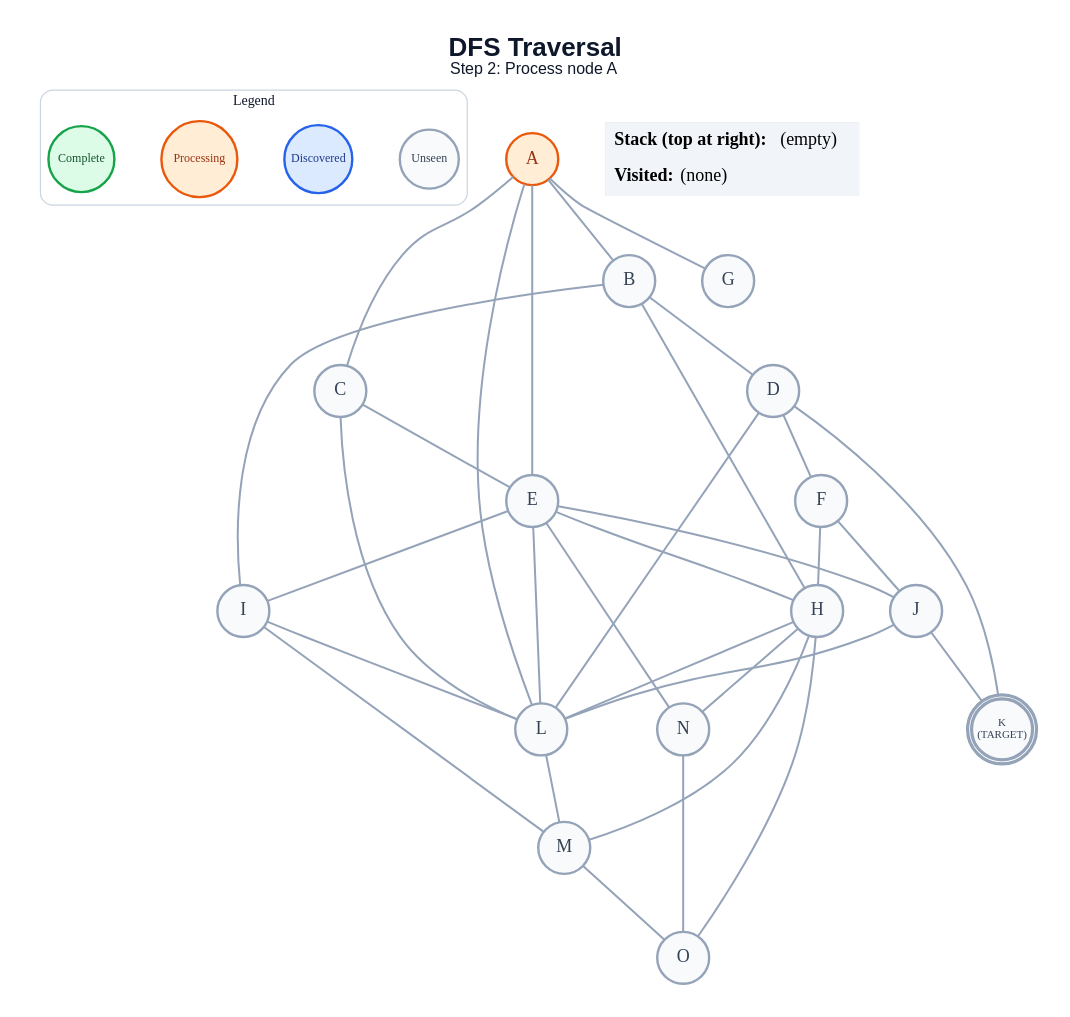
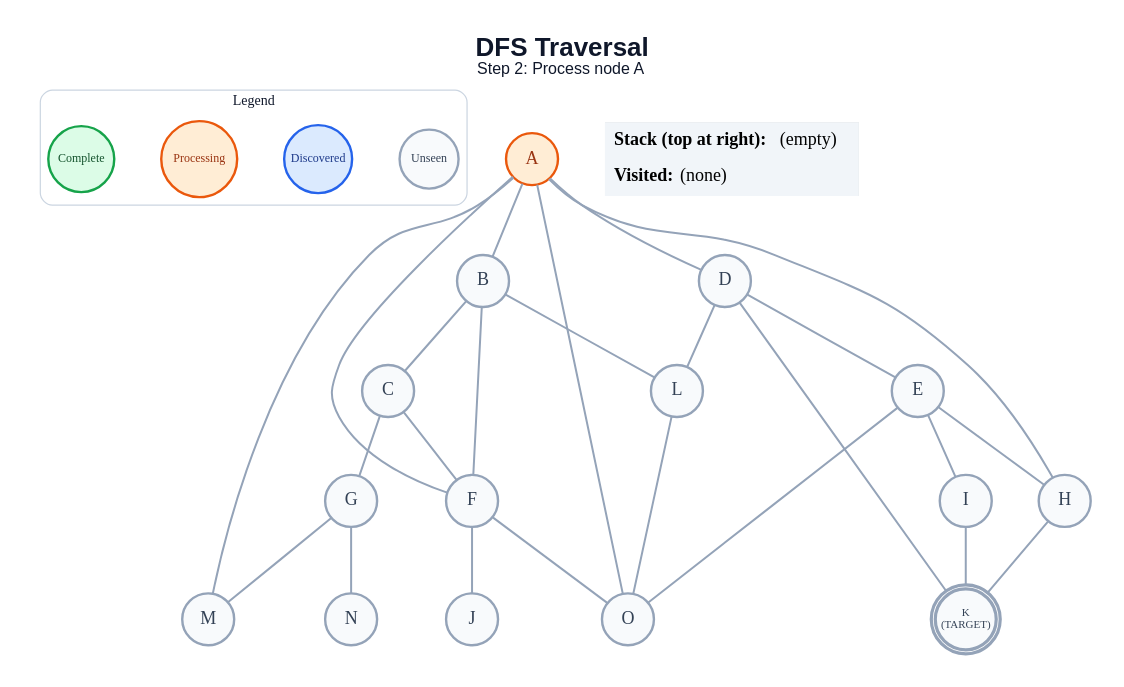
One commit to anon7238593-create/ai-slop changed the diagram in generated/dfs/step_02.dot. Above: the diagram before and after it, drawn with Graphviz. The commit also changed 283 other files, not shown here.

```diff
--- a/generated/dfs/step_02.dot
+++ b/generated/dfs/step_02.dot
@@ -1,65 +1,58 @@
 graph traversal {
   graph [layout=dot, rankdir=TB, bgcolor="#FFFFFF", pad="0.35", nodesep="0.65", ranksep="0.8", fontname="Arial"];
   node [shape=circle, style="filled", fontname="Arial Bold", fontsize=18, width=0.72, fixedsize=true, penwidth=2.4];
   edge [color="#94A3B8", penwidth=2.0];
   label=<<B>DFS Traversal</B><BR/><FONT POINT-SIZE="16">Step 2: Process node A</FONT>>; labelloc="t"; fontsize=26; fontname="Arial"; fontcolor="#0F172A";
   subgraph cluster_legend { label="Legend"; color="#CBD5E1"; penwidth=1.2; style="rounded"; fontsize=14; fontname="Arial Bold";
     key_unseen [label="Unseen", fillcolor="#F8FAFC", color="#94A3B8", fontcolor="#334155", fontsize=12, width=0.82];
     key_frontier [label="Discovered", fillcolor="#DBEAFE", color="#2563EB", fontcolor="#1E3A8A", fontsize=12, width=0.95];
     key_current [label="Processing", fillcolor="#FFEDD5", color="#EA580C", fontcolor="#9A3412", fontsize=12, width=1.05];
     key_done [label="Complete", fillcolor="#DCFCE7", color="#16A34A", fontcolor="#14532D", fontsize=12, width=0.92];
     { rank=same; key_unseen; key_frontier; key_current; key_done; }
   }
   A [label="A", fillcolor="#FFEDD5", color="#EA580C", fontcolor="#9A3412", peripheries=1, penwidth=2.4];
   B [label="B", fillcolor="#F8FAFC", color="#94A3B8", fontcolor="#334155", peripheries=1, penwidth=2.4];
   C [label="C", fillcolor="#F8FAFC", color="#94A3B8", fontcolor="#334155", peripheries=1, penwidth=2.4];
   D [label="D", fillcolor="#F8FAFC", color="#94A3B8", fontcolor="#334155", peripheries=1, penwidth=2.4];
   E [label="E", fillcolor="#F8FAFC", color="#94A3B8", fontcolor="#334155", peripheries=1, penwidth=2.4];
   F [label="F", fillcolor="#F8FAFC", color="#94A3B8", fontcolor="#334155", peripheries=1, penwidth=2.4];
   G [label="G", fillcolor="#F8FAFC", color="#94A3B8", fontcolor="#334155", peripheries=1, penwidth=2.4];
   H [label="H", fillcolor="#F8FAFC", color="#94A3B8", fontcolor="#334155", peripheries=1, penwidth=2.4];
   I [label="I", fillcolor="#F8FAFC", color="#94A3B8", fontcolor="#334155", peripheries=1, penwidth=2.4];
   J [label="J", fillcolor="#F8FAFC", color="#94A3B8", fontcolor="#334155", peripheries=1, penwidth=2.4];
   K [label="K\n(TARGET)", fillcolor="#F8FAFC", color="#94A3B8", fontcolor="#334155", peripheries=2, penwidth=3.2, fontsize=11, width=0.85, height=0.85];
   L [label="L", fillcolor="#F8FAFC", color="#94A3B8", fontcolor="#334155", peripheries=1, penwidth=2.4];
   M [label="M", fillcolor="#F8FAFC", color="#94A3B8", fontcolor="#334155", peripheries=1, penwidth=2.4];
   N [label="N", fillcolor="#F8FAFC", color="#94A3B8", fontcolor="#334155", peripheries=1, penwidth=2.4];
   O [label="O", fillcolor="#F8FAFC", color="#94A3B8", fontcolor="#334155", peripheries=1, penwidth=2.4];
   A -- B;
-  A -- C;
-  A -- E;
-  A -- G;
-  A -- L;
-  B -- D;
-  B -- H;
-  B -- I;
-  C -- E;
-  C -- L;
-  D -- F;
+  A -- D;
+  A -- F;
+  A -- H;
+  A -- M;
+  A -- O;
+  B -- C;
+  B -- F;
+  B -- L;
+  C -- F;
+  C -- G;
+  D -- E;
   D -- K;
   D -- L;
   E -- H;
   E -- I;
-  E -- J;
-  E -- L;
-  E -- N;
-  F -- H;
+  E -- O;
   F -- J;
-  H -- L;
-  H -- M;
-  H -- N;
-  H -- O;
-  I -- L;
-  I -- M;
-  J -- K;
-  J -- L;
-  L -- M;
-  M -- O;
-  N -- O;
+  F -- O;
+  G -- M;
+  G -- N;
+  H -- K;
+  I -- K;
+  L -- O;
   status [shape=plain, fixedsize=false, width=0, height=0, margin=0, label=<
     <TABLE BORDER="0" CELLBORDER="0" CELLPADDING="7" BGCOLOR="#F1F5F9">
       <TR><TD ALIGN="LEFT"><B>Stack (top at right):</B> (empty)</TD></TR>
       <TR><TD ALIGN="LEFT"><B>Visited:</B> (none)</TD></TR>
     </TABLE>
   >];
 }
```
